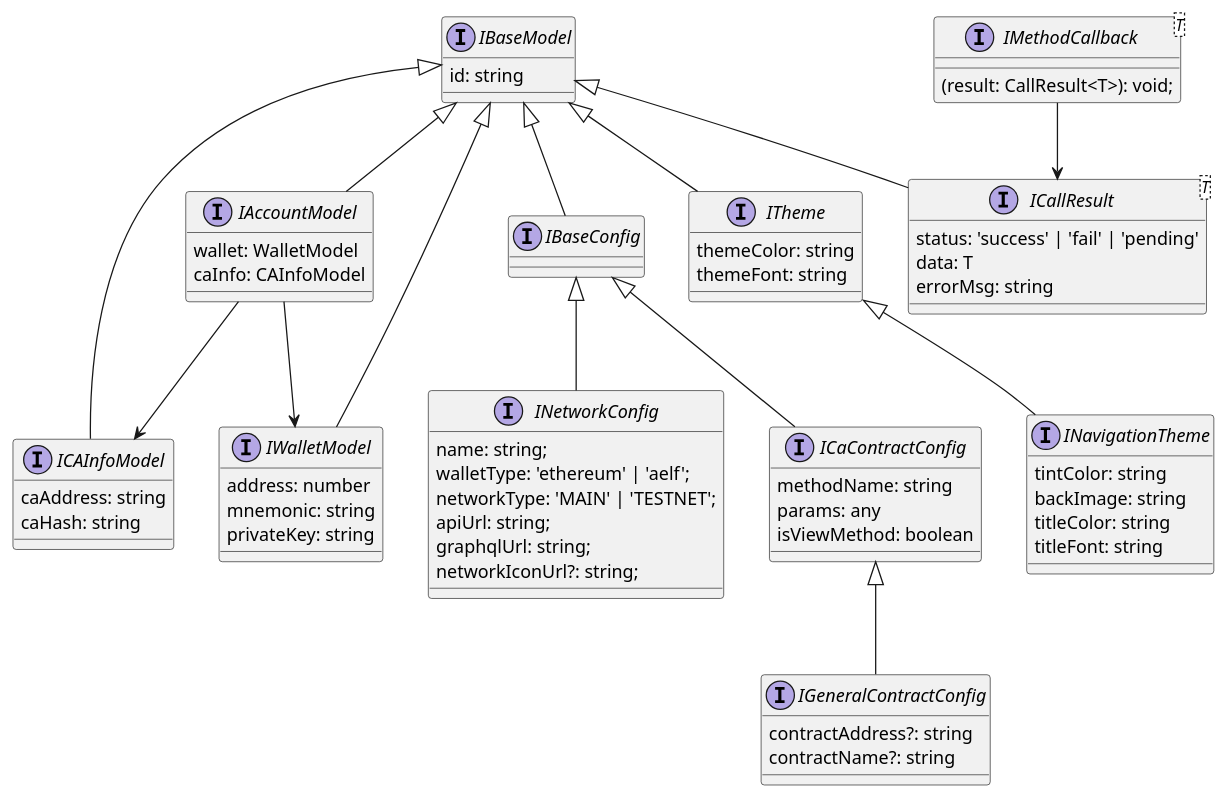
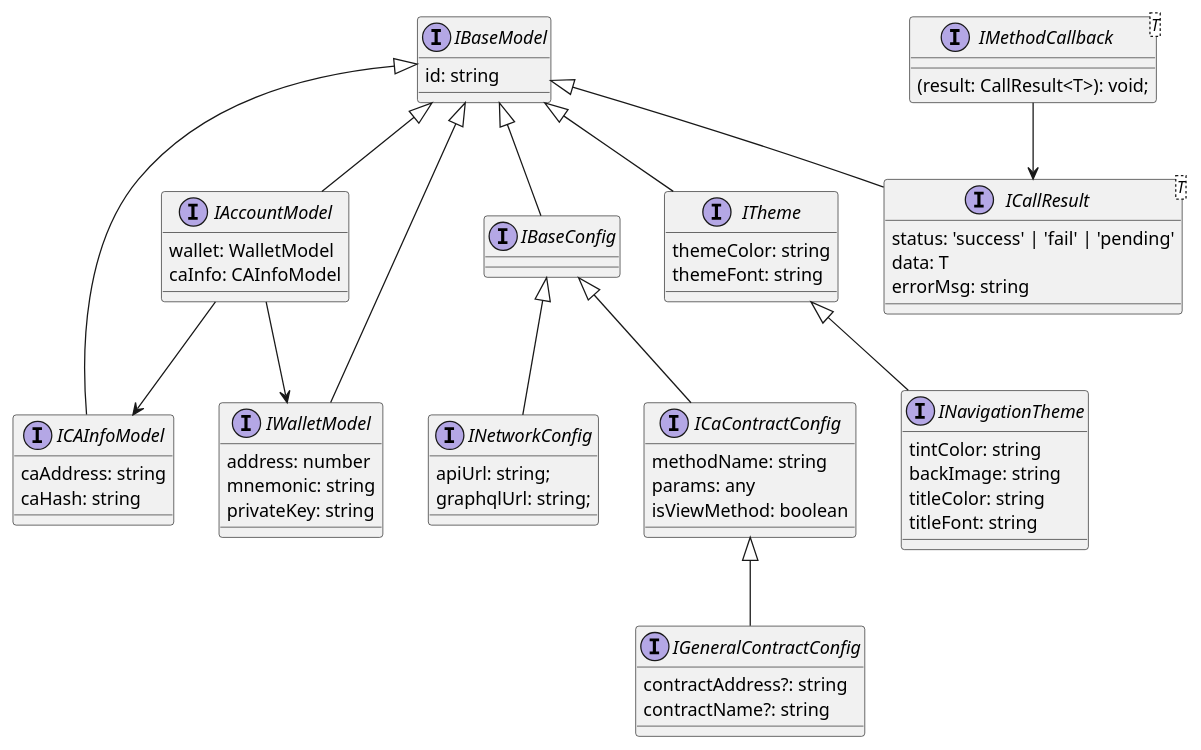
One commit to Portkey-Wallet/portkey-wallet changed the diagram in packages/rn-sdk/uml/ui_model.puml. Above: the diagram before and after it, drawn with PlantUML. The commit also changed 8 other files, not shown here.

```diff
--- a/packages/rn-sdk/uml/ui_model.puml
+++ b/packages/rn-sdk/uml/ui_model.puml
@@ -1,73 +1,69 @@
 @startuml model
 
 interface IBaseModel {
     id: string
 }
 
 interface ICAInfoModel extends IBaseModel {
   caAddress: string
   caHash: string
 }
 
 interface IWalletModel extends IBaseModel {
     address: number
     mnemonic: string
     privateKey: string
 }
 
 interface IAccountModel extends IBaseModel {
     wallet: WalletModel
     caInfo: CAInfoModel
 }
 
 interface ICallResult<T> extends IBaseModel {
     status: 'success' | 'fail' | 'pending'
     data: T
     errorMsg: string
 }
 
 interface IMethodCallback<T> {
     (result: CallResult<T>): void;
 }
 
 interface IBaseConfig extends IBaseModel {
     
 }
 
 interface INetworkConfig extends IBaseConfig {
-    name: string;
-    walletType: 'ethereum' | 'aelf';
-    networkType: 'MAIN' | 'TESTNET';
     apiUrl: string;
     graphqlUrl: string;
-    networkIconUrl?: string;
 }
 
 interface ICaContractConfig extends IBaseConfig {
     methodName: string
     params: any
     isViewMethod: boolean
 }
 
 interface IGeneralContractConfig extends ICaContractConfig {
     contractAddress?: string
     contractName?: string
 }
 
 interface ITheme extends IBaseModel {
     themeColor: string
     themeFont: string
 }
 
 interface INavigationTheme extends ITheme {
     tintColor: string
     backImage: string
     titleColor: string
     titleFont: string
 }
 
 IAccountModel --> IWalletModel
 IAccountModel --> ICAInfoModel
 IMethodCallback --> ICallResult
 
 @enduml
```
